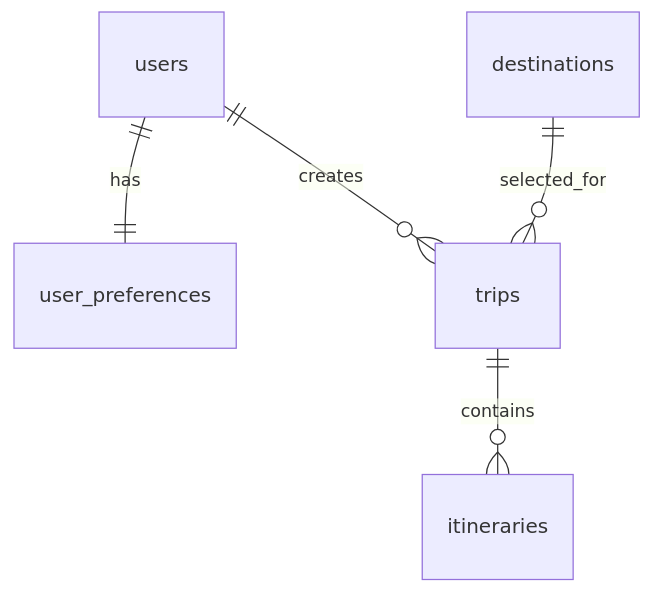
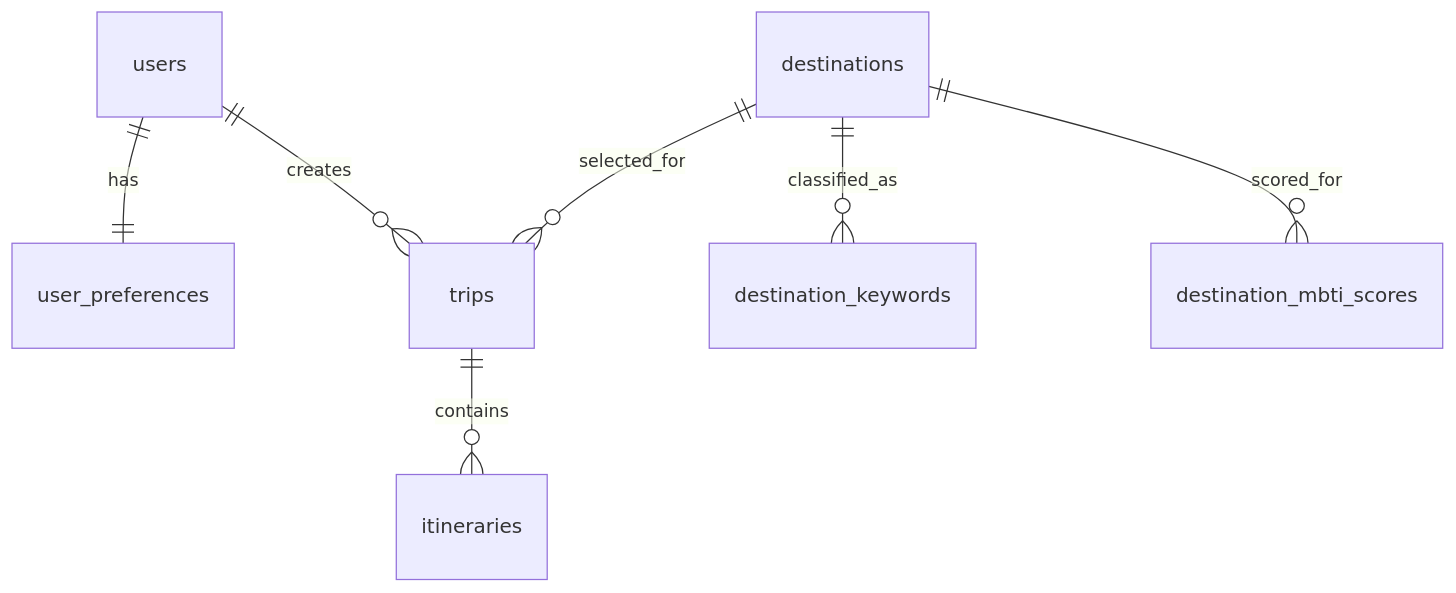
Before and after one commit to prgrms-aibe-devcourse/AIBE7-Project1-Team02: the diagram in docs/architecture/DB_SCHEMA.md, drawn with Mermaid. The commit also changed other lines of this file and 10 other files, not shown here.

````diff
--- a/docs/architecture/DB_SCHEMA.md
+++ b/docs/architecture/DB_SCHEMA.md
@@ -123,7 +178,9 @@
 ```mermaid
 erDiagram
     users ||--|| user_preferences : has
     users ||--o{ trips : creates
     destinations ||--o{ trips : selected_for
+    destinations ||--o{ destination_keywords : classified_as
+    destinations ||--o{ destination_mbti_scores : scored_for
     trips ||--o{ itineraries : contains
 ```
````
